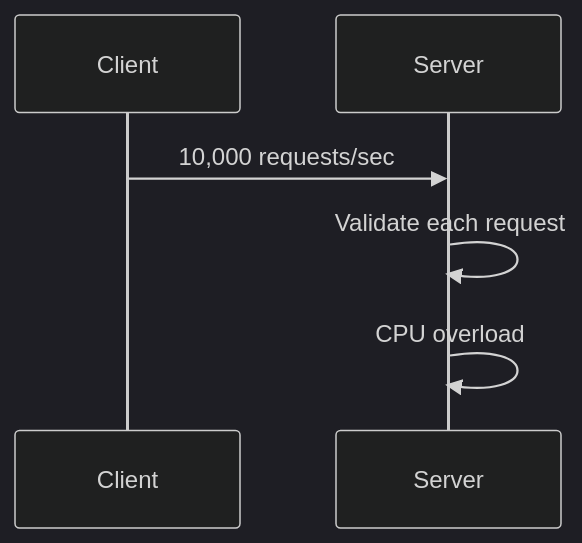
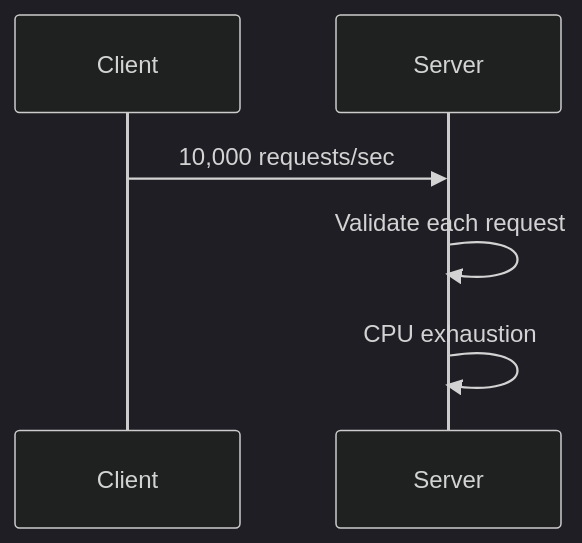
One commit to QudsLab/POW changed the first of 3 diagrams in README.md. Above: the diagram before and after it, drawn with Mermaid (dark theme). The commit also changed other lines of this file, not shown here.

````diff
--- a/README.md
+++ b/README.md
@@ -87,9 +31,9 @@
 ```mermaid
 sequenceDiagram
     participant Client
     participant Server
     
     Client->>Server: 10,000 requests/sec
     Server->>Server: Validate each request
-    Server->>Server: CPU overload
+    Server->>Server: CPU exhaustion
 ```
````
